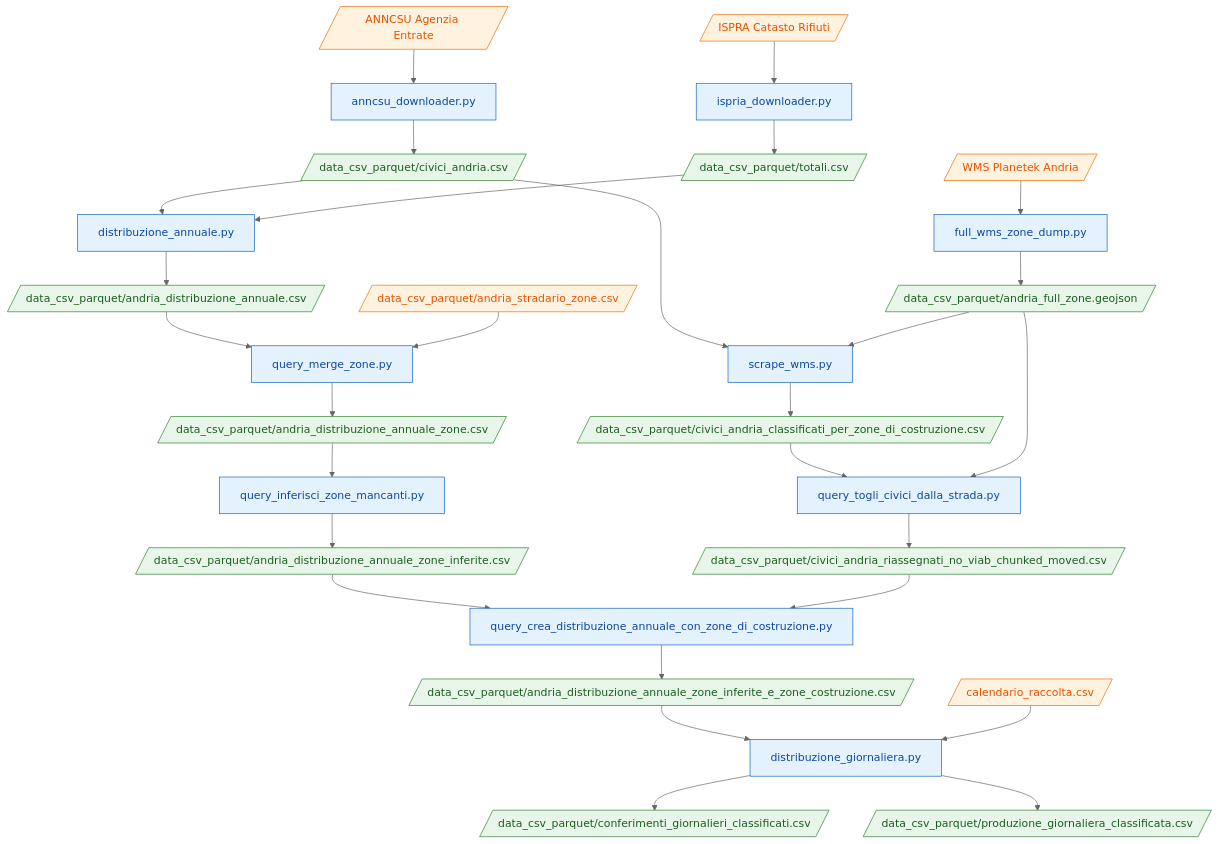
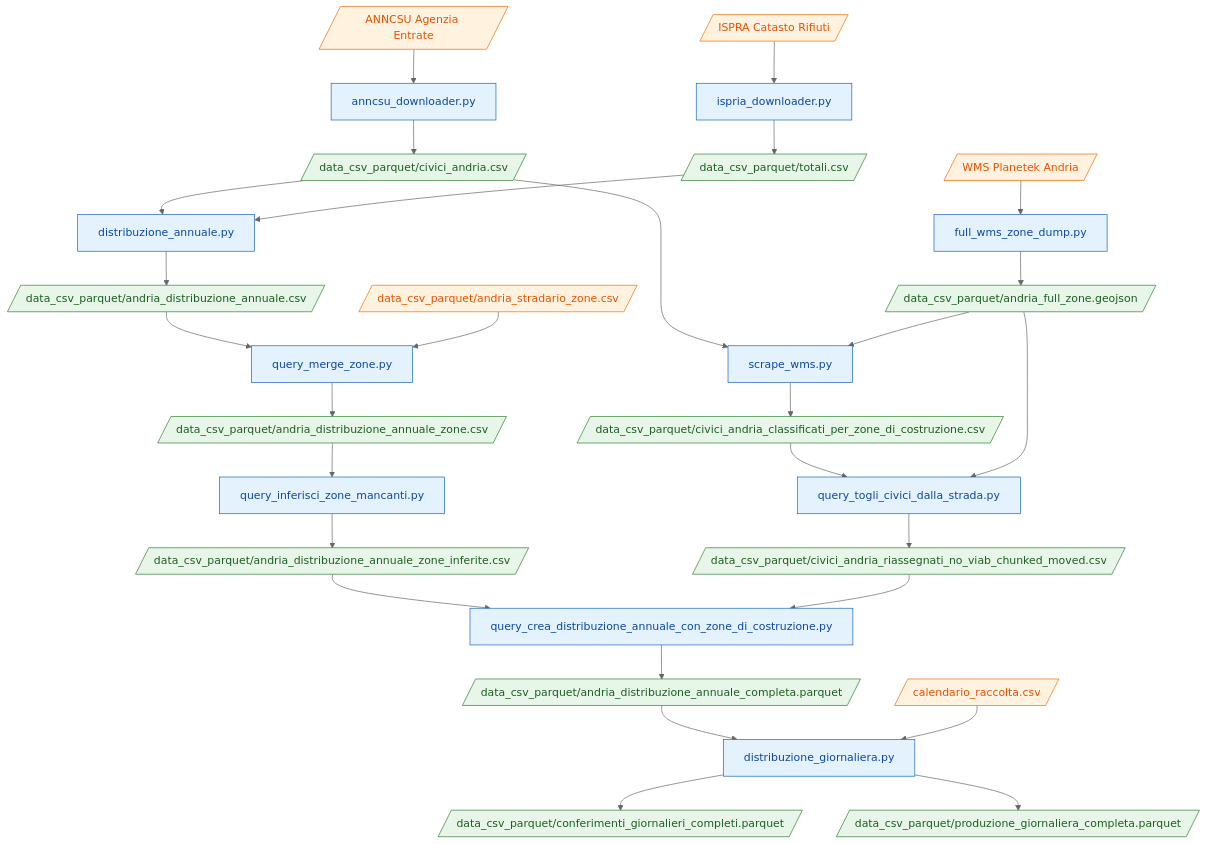
One commit to Esprimosrl/c4sa-esccr-dataset-sintetico changed the diagram in README.md. Above: the diagram before and after it, drawn with Mermaid (neutral theme). The commit also changed other lines of this file and 1 other file, not shown here.

````diff
--- a/README.md
+++ b/README.md
@@ -54,60 +93,60 @@
 ```mermaid
 flowchart TD
     S1["anncsu_downloader.py"]
     S2["ispria_downloader.py"]
     S3["distribuzione_annuale.py"]
     S4[/calendario_raccolta.csv/]
     S5["query_merge_zone.py"]
     S6["query_inferisci_zone_mancanti.py"]
     S7["full_wms_zone_dump.py"]
     S8["scrape_wms.py"]
     S9["query_togli_civici_dalla_strada.py"]
     S10["query_crea_distribuzione_annuale_con_zone_di_costruzione.py"]
     S11["distribuzione_giornaliera.py"]
 
     ANNCSU[/ANNCSU Agenzia Entrate/]
     ISPRA[/ISPRA Catasto Rifiuti/]
     WMS[/WMS Planetek Andria/]
     CIVICI[/data_csv_parquet/civici_andria.csv/]
     TOTALS[/data_csv_parquet/totali.csv/]
     STRAD[/data_csv_parquet/andria_stradario_zone.csv/]
     FULLZONE[/data_csv_parquet/andria_full_zone.geojson/]
     ANN[/data_csv_parquet/andria_distribuzione_annuale.csv/]
     ANN_ZONE[/data_csv_parquet/andria_distribuzione_annuale_zone.csv/]
     ANN_INF[/data_csv_parquet/andria_distribuzione_annuale_zone_inferite.csv/]
     CIV_ZONE[/data_csv_parquet/civici_andria_classificati_per_zone_di_costruzione.csv/]
     CIV_NO_VIAB[/data_csv_parquet/civici_andria_riassegnati_no_viab_chunked_moved.csv/]
-    ANN_COSTR[/data_csv_parquet/andria_distribuzione_annuale_zone_inferite_e_zone_costruzione.csv/]
-    CONF_CLASS[/data_csv_parquet/conferimenti_giornalieri_classificati.csv/]
-    PROD[/data_csv_parquet/produzione_giornaliera_classificata.csv/]
+    ANN_COSTR[/data_csv_parquet/andria_distribuzione_annuale_completa.parquet/]
+    CONF_CLASS[/data_csv_parquet/conferimenti_giornalieri_completi.parquet/]
+    PROD[/data_csv_parquet/produzione_giornaliera_completa.parquet/]
 
     ANNCSU --> S1
     S1 --> CIVICI
     ISPRA --> S2
     S2 --> TOTALS
     CIVICI --> S3
     TOTALS --> S3
     S3 --> ANN --> S5
     STRAD --> S5
     S5 --> ANN_ZONE --> S6
     S6 --> ANN_INF --> S10
     WMS --> S7
     S7 --> FULLZONE
     CIVICI --> S8
     FULLZONE --> S8
     S8 --> CIV_ZONE --> S9
     FULLZONE --> S9
     S9 --> CIV_NO_VIAB --> S10
     S10 --> ANN_COSTR --> S11
     S4 --> S11
     S11 --> CONF_CLASS
     S11 --> PROD
 
     classDef script fill:#e3f2fd,stroke:#1565c0,color:#0d47a1
     classDef data fill:#e8f5e9,stroke:#2e7d32,color:#1b5e20
     classDef source fill:#fff3e0,stroke:#ef6c00,color:#e65100
 
     class S1,S2,S3,S5,S6,S7,S8,S9,S10,S11 script
     class CIVICI,TOTALS,FULLZONE,ANN,ANN_ZONE,ANN_INF,CIV_ZONE,CIV_NO_VIAB,ANN_COSTR,CONF_CLASS,PROD data
     class ANNCSU,ISPRA,S4,WMS,STRAD source
 ```
````
